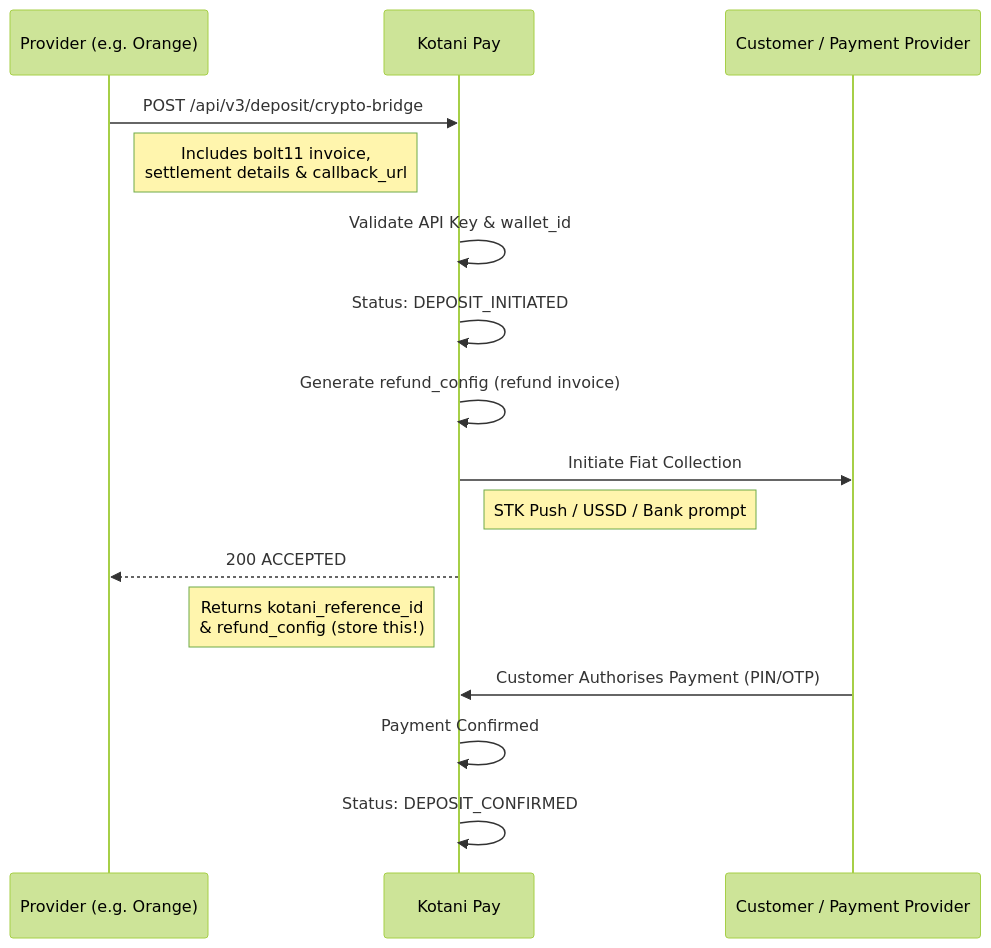
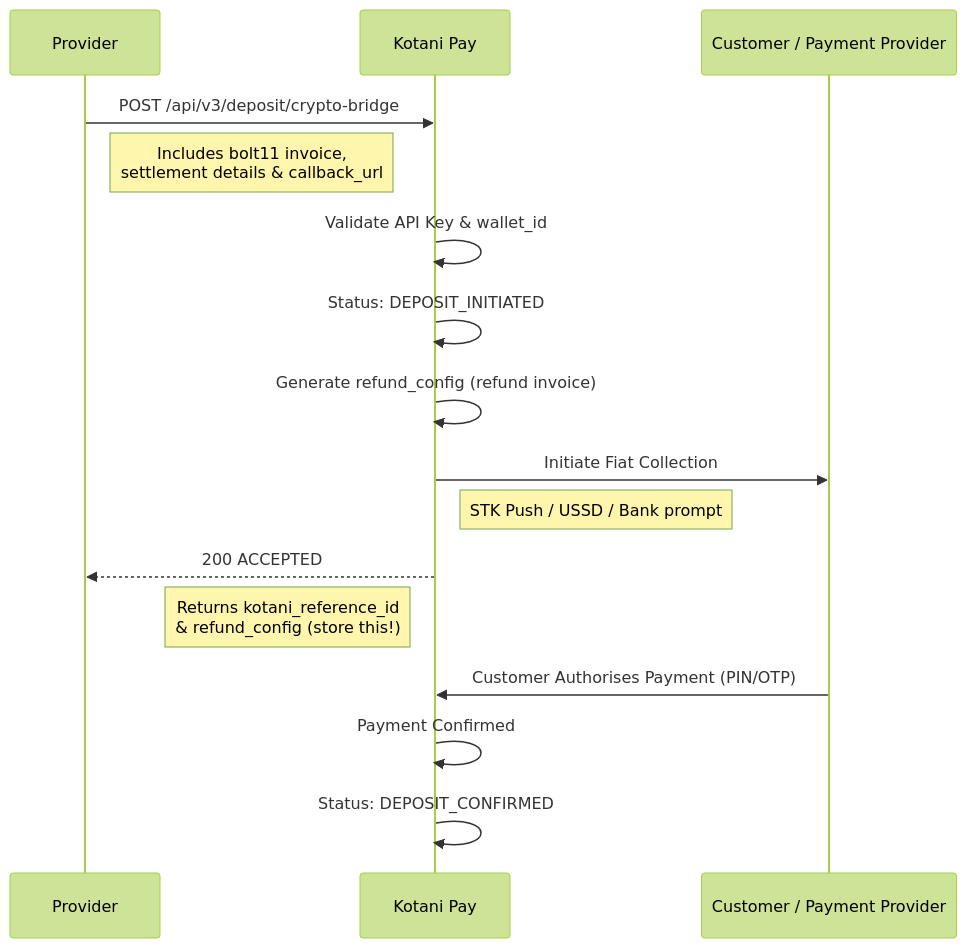
The first of 5 diagrams in v3/flows/crypto-bridge-flow.mdx (john-muinde/docs), drawn with Mermaid (forest theme) before and after one commit. The commit also changed other lines of this file, not shown here.

Commit message:
refactor: generalize provider references in crypto bridge flow documentation

````diff
--- a/v3/flows/crypto-bridge-flow.mdx
+++ b/v3/flows/crypto-bridge-flow.mdx
@@ -16,22 +16,22 @@
 ```mermaid
 sequenceDiagram
-    participant Provider as Provider (e.g. Orange)
+    participant Provider as Provider
     participant Kotani Pay
     participant Customer as Customer / Payment Provider
 
     Provider->>Kotani Pay: POST /api/v3/deposit/crypto-bridge
     Note right of Provider: Includes bolt11 invoice,<br/>settlement details & callback_url
     Kotani Pay->>Kotani Pay: Validate API Key & wallet_id
     Kotani Pay->>Kotani Pay: Status: DEPOSIT_INITIATED
     Kotani Pay->>Kotani Pay: Generate refund_config (refund invoice)
 
     Kotani Pay->>Customer: Initiate Fiat Collection
     Note right of Kotani Pay: STK Push / USSD / Bank prompt
 
     Kotani Pay-->>Provider: 200 ACCEPTED
     Note left of Kotani Pay: Returns kotani_reference_id<br/>& refund_config (store this!)
 
     Customer->>Kotani Pay: Customer Authorises Payment (PIN/OTP)
     Kotani Pay->>Kotani Pay: Payment Confirmed
     Kotani Pay->>Kotani Pay: Status: DEPOSIT_CONFIRMED
 ```
````
